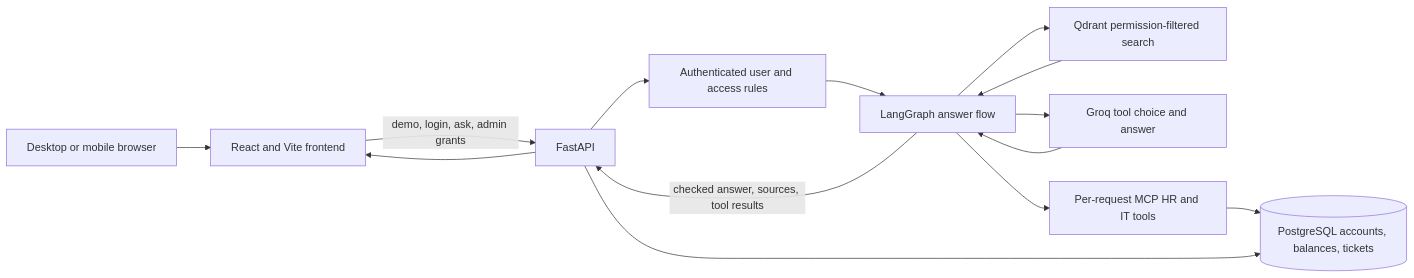
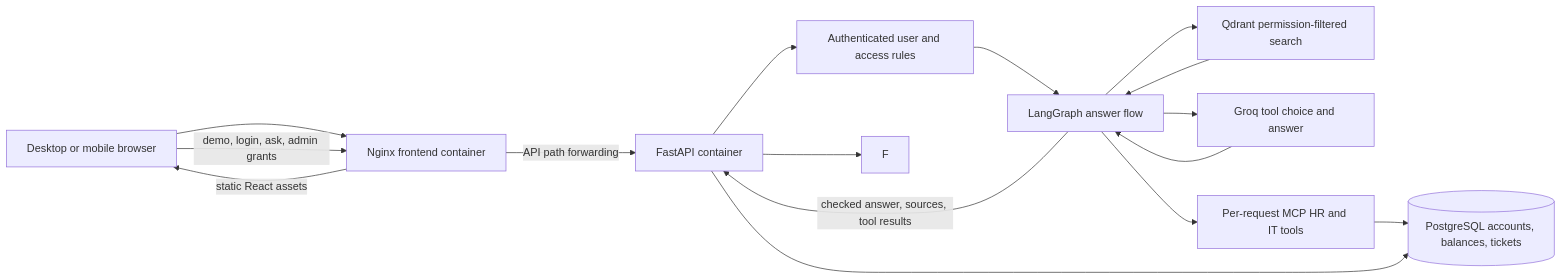
The diagram in README.md (atandritC/Clearance), drawn with Mermaid before and after one commit. The commit also changed other lines of this file and 6 other files, not shown here.

````diff
--- a/README.md
+++ b/README.md
@@ -86,16 +102,18 @@
 ```mermaid
 flowchart LR
-  U[Desktop or mobile browser] --> F[React and Vite frontend]
-  F -->|demo, login, ask, admin grants| A[FastAPI]
+  U[Desktop or mobile browser] --> N[Nginx frontend container]
+  N -->|static React assets| U
+  U -->|demo, login, ask, admin grants| N
+  N -->|API path forwarding| A[FastAPI container]
   A --> AU[Authenticated user and access rules]
   AU --> G[LangGraph answer flow]
   G --> Q[Qdrant permission-filtered search]
   G --> M[Groq tool choice and answer]
   G --> T[Per-request MCP HR and IT tools]
   T --> P[(PostgreSQL accounts, balances, tickets)]
   A --> P
   Q --> G
   M --> G
   G -->|checked answer, sources, tool results| A
   A --> F
 ```
````
